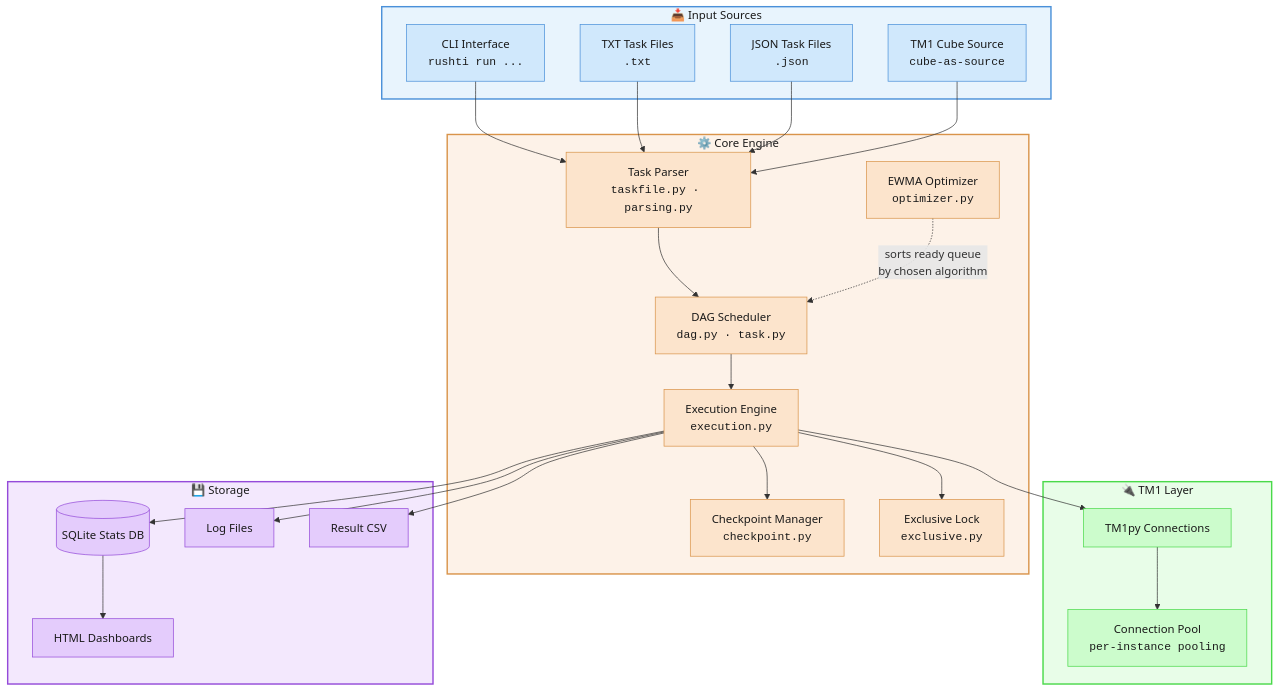
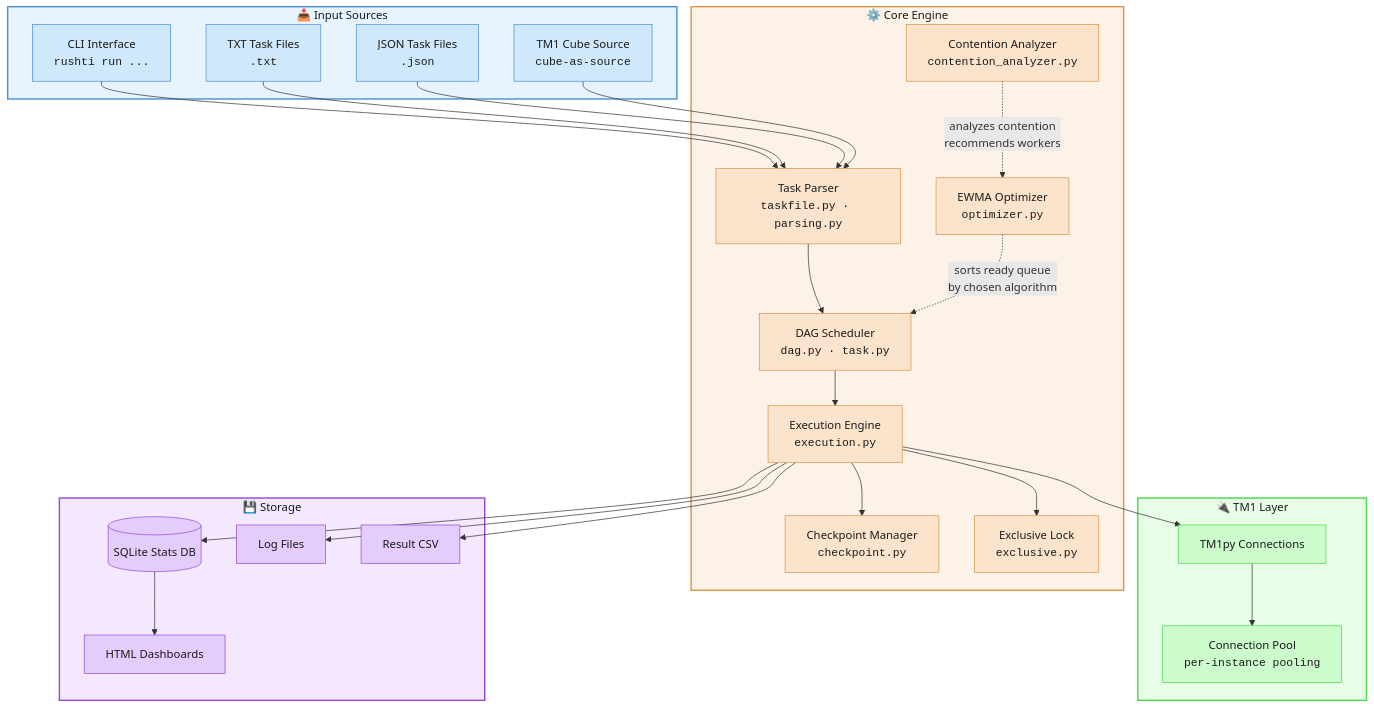
The first of 3 diagrams in docs/architecture/design.md (cubewise-code/rushti), drawn with Mermaid before and after one commit. The commit also changed other lines of this file and 11 other files, not shown here.

````diff
--- a/docs/architecture/design.md
+++ b/docs/architecture/design.md
@@ -12,74 +12,77 @@
 ```mermaid
 graph TB
     subgraph INPUT["📥 Input Sources"]
         CLI["CLI Interface<br/><code>rushti run ...</code>"]
         TXT["TXT Task Files<br/><code>.txt</code>"]
         JSON["JSON Task Files<br/><code>.json</code>"]
         TM1S["TM1 Cube Source<br/><code>cube-as-source</code>"]
     end
 
     subgraph CORE["⚙️ Core Engine"]
         Parser["Task Parser<br/><code>taskfile.py · parsing.py</code>"]
         Scheduler["DAG Scheduler<br/><code>dag.py · task.py</code>"]
         Optimizer["EWMA Optimizer<br/><code>optimizer.py</code>"]
+        Contention["Contention Analyzer<br/><code>contention_analyzer.py</code>"]
         Engine["Execution Engine<br/><code>execution.py</code>"]
         CP["Checkpoint Manager<br/><code>checkpoint.py</code>"]
         Excl["Exclusive Lock<br/><code>exclusive.py</code>"]
     end
 
     subgraph TM1["🔌 TM1 Layer"]
         TM1py["TM1py Connections"]
         Pool["Connection Pool<br/><code>per-instance pooling</code>"]
     end
 
     subgraph STORE["💾 Storage"]
         Stats[("SQLite Stats DB")]
         Logs["Log Files"]
         CSV["Result CSV"]
         Dash["HTML Dashboards"]
     end
 
     CLI --> Parser
     TXT --> Parser
     JSON --> Parser
     TM1S --> Parser
 
     Parser --> Scheduler
     Optimizer -.->|"sorts ready queue<br/>by chosen algorithm"| Scheduler
+    Contention -.->|"analyzes contention<br/>recommends workers"| Optimizer
     Scheduler --> Engine
 
     Engine --> TM1py
     TM1py --> Pool
     Engine --> CP
     Engine --> Excl
 
     Engine --> Stats
     Engine --> Logs
     Engine --> CSV
     Stats --> Dash
 
     style INPUT fill:#e8f4fd,stroke:#4a90d9,stroke-width:2px,color:#1a1a1a
     style CORE fill:#fdf2e8,stroke:#d9944a,stroke-width:2px,color:#1a1a1a
     style TM1 fill:#e8fde8,stroke:#4ad94a,stroke-width:2px,color:#1a1a1a
     style STORE fill:#f3e8fd,stroke:#944ad9,stroke-width:2px,color:#1a1a1a
 
     style CLI fill:#d0e8fc,stroke:#4a90d9,color:#1a1a1a
     style TXT fill:#d0e8fc,stroke:#4a90d9,color:#1a1a1a
     style JSON fill:#d0e8fc,stroke:#4a90d9,color:#1a1a1a
     style TM1S fill:#d0e8fc,stroke:#4a90d9,color:#1a1a1a
 
     style Parser fill:#fce4cc,stroke:#d9944a,color:#1a1a1a
     style Scheduler fill:#fce4cc,stroke:#d9944a,color:#1a1a1a
     style Optimizer fill:#fce4cc,stroke:#d9944a,color:#1a1a1a
     style Engine fill:#fce4cc,stroke:#d9944a,color:#1a1a1a
     style CP fill:#fce4cc,stroke:#d9944a,color:#1a1a1a
     style Excl fill:#fce4cc,stroke:#d9944a,color:#1a1a1a
+    style Contention fill:#fce4cc,stroke:#d9944a,color:#1a1a1a
 
     style TM1py fill:#ccfccc,stroke:#4ad94a,color:#1a1a1a
     style Pool fill:#ccfccc,stroke:#4ad94a,color:#1a1a1a
 
     style Stats fill:#e4ccfc,stroke:#944ad9,color:#1a1a1a
     style Logs fill:#e4ccfc,stroke:#944ad9,color:#1a1a1a
     style CSV fill:#e4ccfc,stroke:#944ad9,color:#1a1a1a
     style Dash fill:#e4ccfc,stroke:#944ad9,color:#1a1a1a
 ```
````
